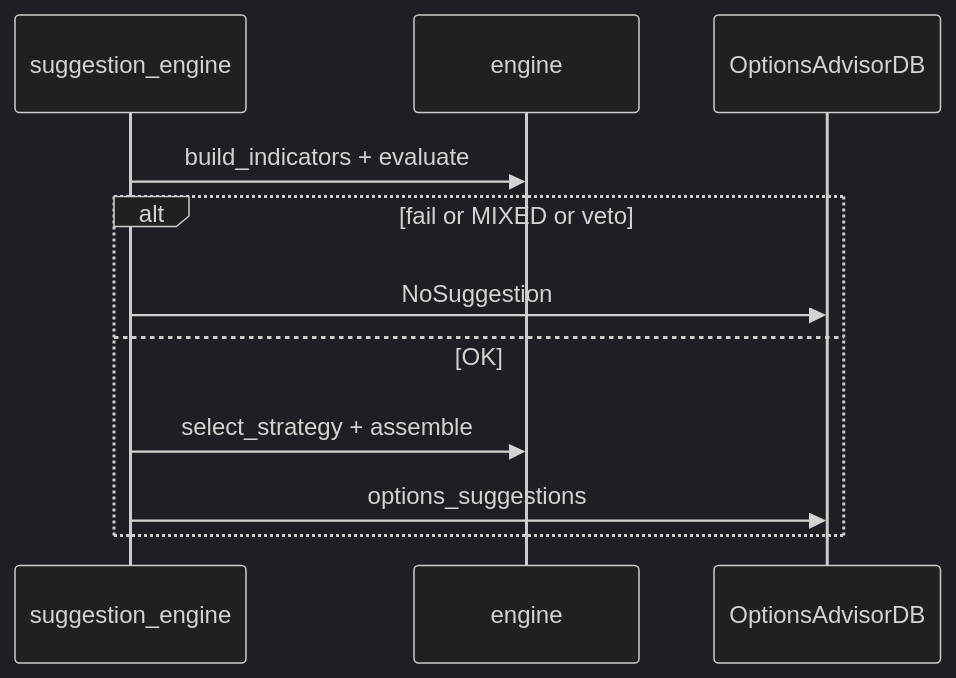
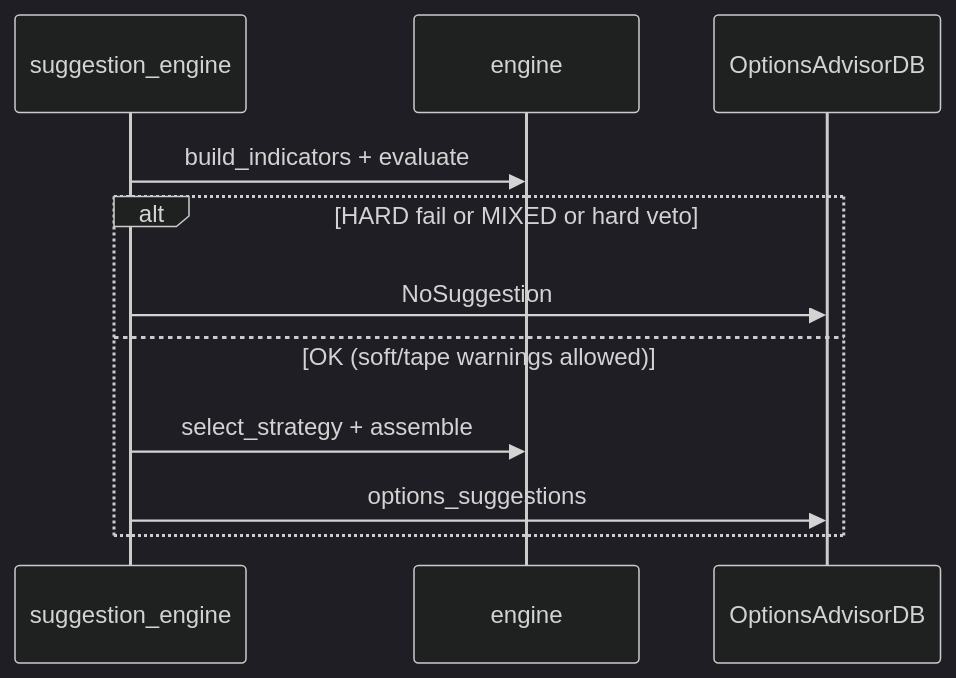
One commit to tamajit20/options_advisor_system changed the third of 7 diagrams in README.md. Above: the diagram before and after it, drawn with Mermaid (dark theme). The commit also changed other lines of this file and 4 other files, not shown here.

````diff
--- a/README.md
+++ b/README.md
@@ -522,13 +522,13 @@
 ```mermaid
 sequenceDiagram
   participant Life as suggestion_engine
   participant Eng as engine
   participant DB as OptionsAdvisorDB
   Life->>Eng: build_indicators + evaluate
-  alt fail or MIXED or veto
+  alt HARD fail or MIXED or hard veto
     Life->>DB: NoSuggestion
-  else OK
+  else OK (soft/tape warnings allowed)
     Life->>Eng: select_strategy + assemble
     Life->>DB: options_suggestions
   end
 ```
````
